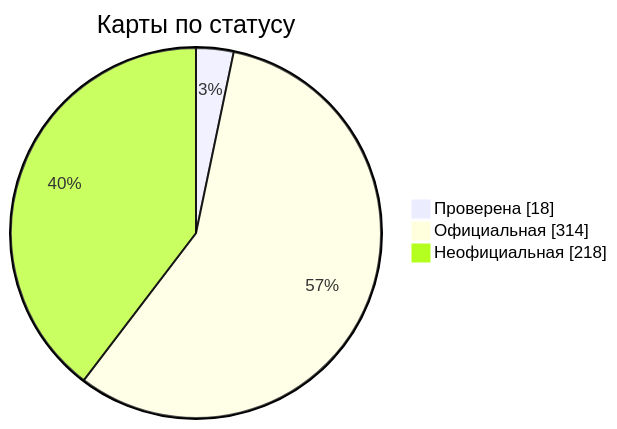
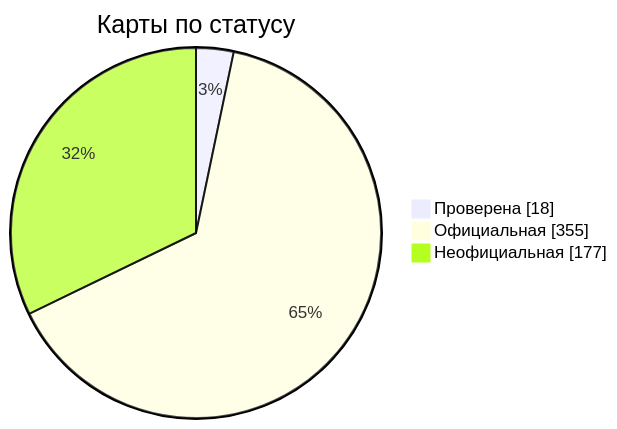
One commit to nobrega8/mbmap-library changed the diagram in docs/readme/README_RU.md. Above: the diagram before and after it, drawn with Mermaid. The commit also changed 49 other files, not shown here.

````diff
--- a/docs/readme/README_RU.md
+++ b/docs/readme/README_RU.md
@@ -54,7 +54,7 @@
 ```mermaid
 pie showData
     title Карты по статусу
     "Проверена" : 18
-    "Официальная" : 314
-    "Неофициальная" : 218
+    "Официальная" : 355
+    "Неофициальная" : 177
 ```
````
